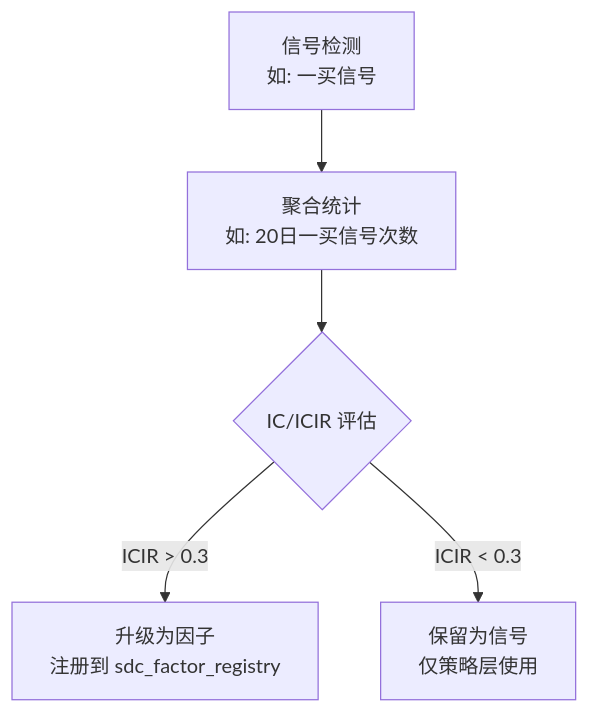
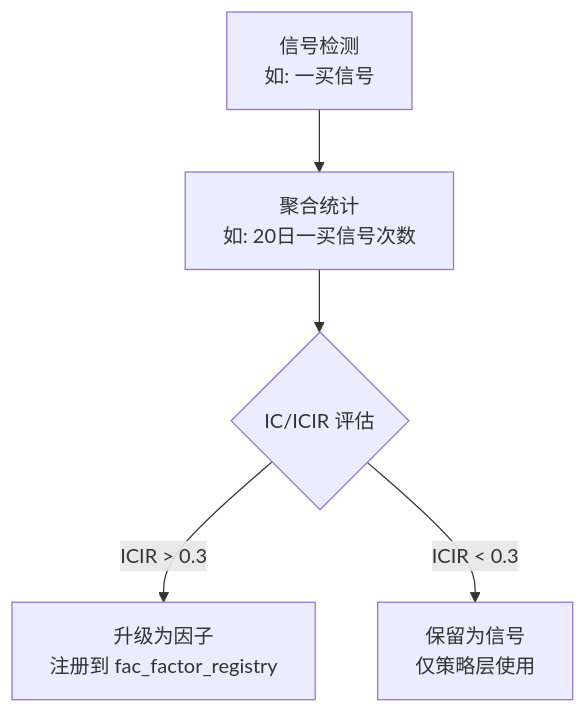
Before and after one commit to bitiany/xq-trader: diagram 20 of 31 in docs/factor-architecture.md, drawn with Mermaid. The commit also changed other lines of this file and 35 other files, not shown here.

````diff
--- a/docs/factor-architecture.md
+++ b/docs/factor-architecture.md
@@ -671,7 +1009,7 @@
 ```mermaid
 flowchart TD
     DETECT[信号检测<br/>如: 一买信号] --> AGG[聚合统计<br/>如: 20日一买信号次数]
     AGG --> EVAL{IC/ICIR 评估}
-    EVAL -->|ICIR > 0.3| UPGRADE[升级为因子<br/>注册到 sdc_factor_registry]
+    EVAL -->|ICIR > 0.3| UPGRADE[升级为因子<br/>注册到 fac_factor_registry]
     EVAL -->|ICIR < 0.3| KEEP[保留为信号<br/>仅策略层使用]
 ```
````
